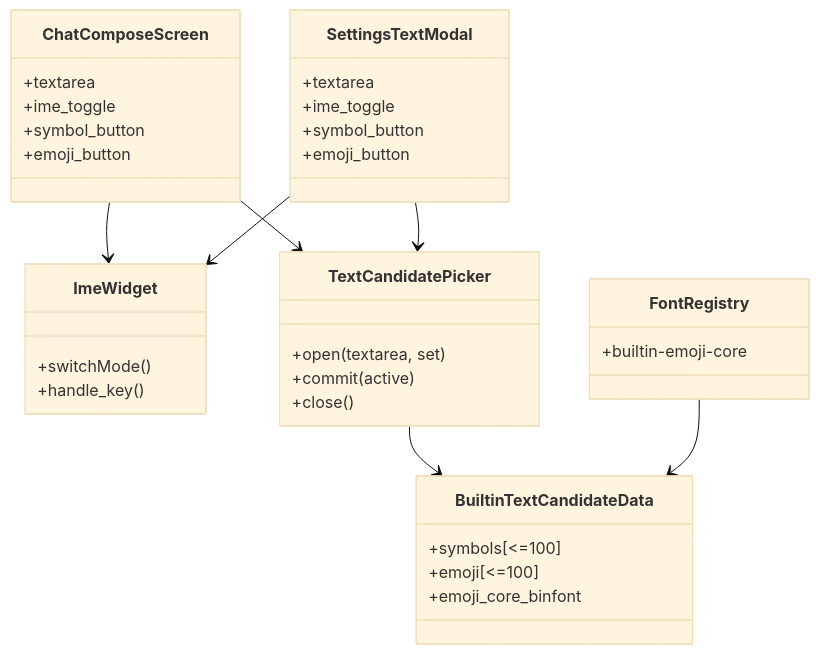
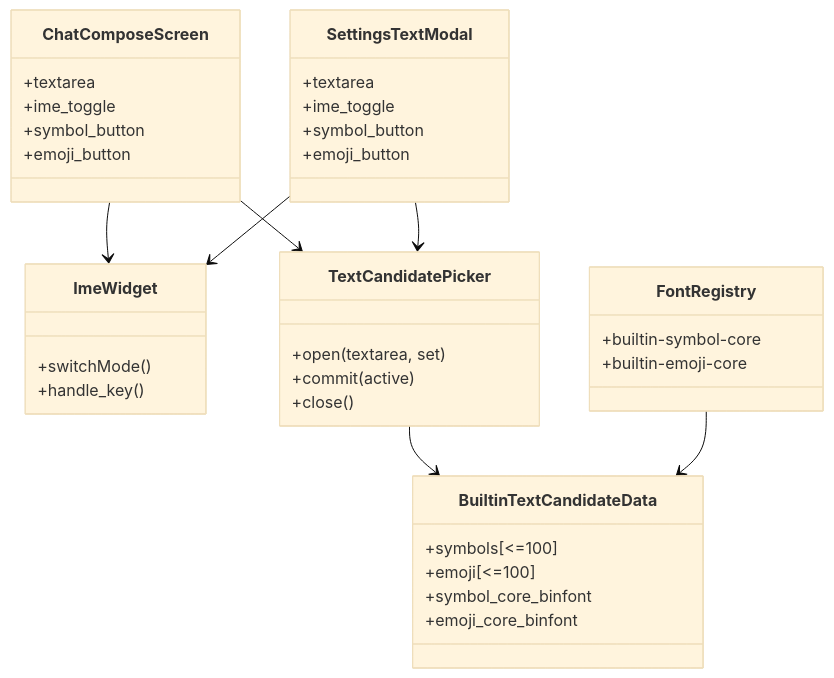
The second of 3 diagrams in docs/specification/LOCALIZATION_SPEC.md (DinaTzi/trail-mate), drawn with Mermaid (base theme) before and after one commit. The commit also changed other lines of this file and 40 other files, not shown here.

````diff
--- a/docs/specification/LOCALIZATION_SPEC.md
+++ b/docs/specification/LOCALIZATION_SPEC.md
@@ -270,44 +271,46 @@
 ```mermaid
 classDiagram
   class ChatComposeScreen {
     +textarea
     +ime_toggle
     +symbol_button
     +emoji_button
   }
 
   class SettingsTextModal {
     +textarea
     +ime_toggle
     +symbol_button
     +emoji_button
   }
 
   class ImeWidget {
     +switchMode()
     +handle_key()
   }
 
   class TextCandidatePicker {
     +open(textarea, set)
     +commit(active)
     +close()
   }
 
   class BuiltinTextCandidateData {
     +symbols[<=100]
     +emoji[<=100]
+    +symbol_core_binfont
     +emoji_core_binfont
   }
 
   class FontRegistry {
+    +builtin-symbol-core
     +builtin-emoji-core
   }
 
   ChatComposeScreen --> ImeWidget
   SettingsTextModal --> ImeWidget
   ChatComposeScreen --> TextCandidatePicker
   SettingsTextModal --> TextCandidatePicker
   TextCandidatePicker --> BuiltinTextCandidateData
   FontRegistry --> BuiltinTextCandidateData
 ```
````
